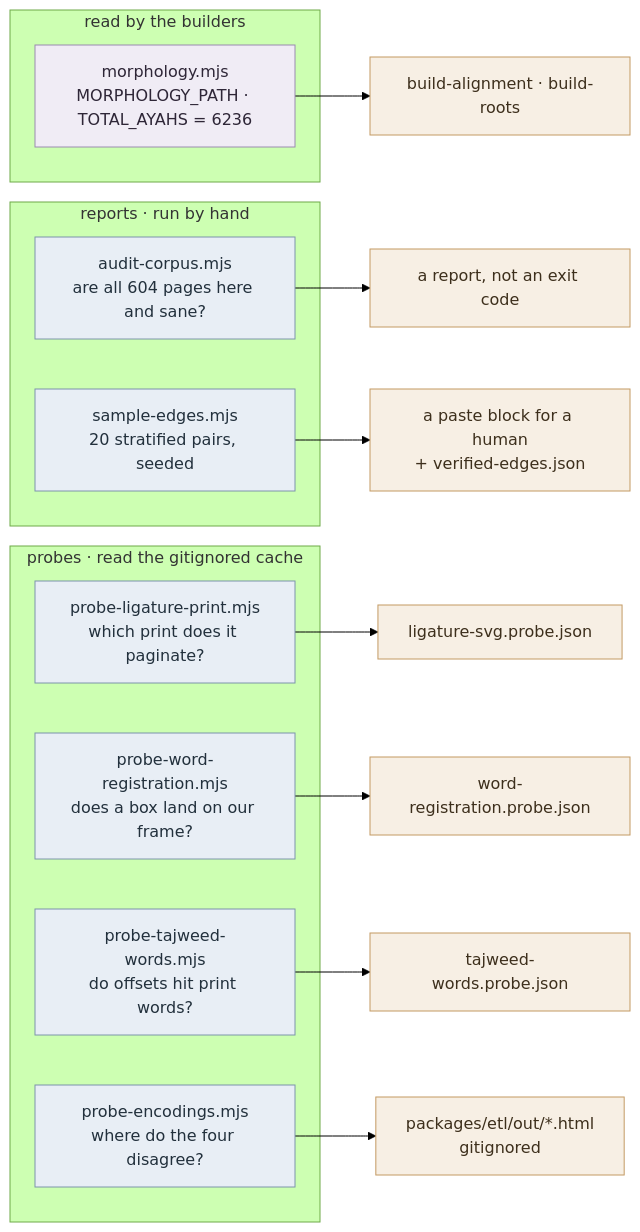
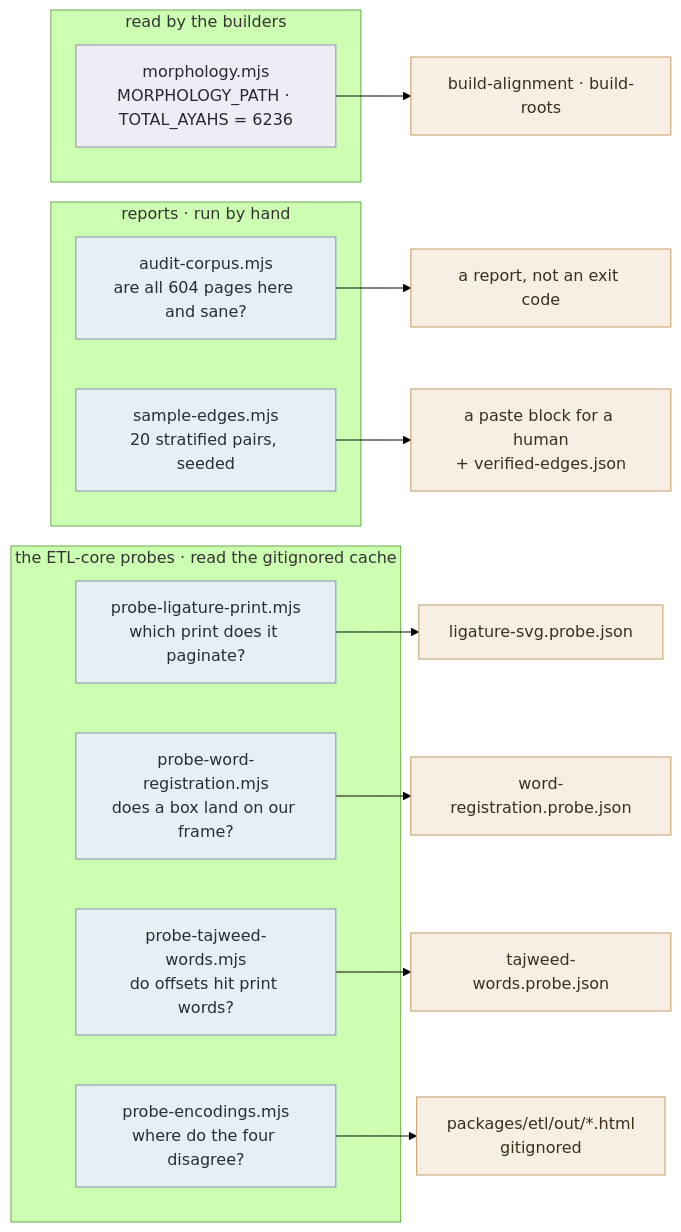
The fifth of 5 diagrams in docs/design/etl-pipeline.md (omars-lab/hifth), drawn with Mermaid (forest theme) before and after one commit. The commit also changed other lines of this file and 2 other files, not shown here.

````diff
--- a/docs/design/etl-pipeline.md
+++ b/docs/design/etl-pipeline.md
@@ -301,30 +304,30 @@
 ```mermaid
 flowchart LR
   classDef lib fill:#f0ecf5,stroke:#9a8bb0,color:#2e2637
   classDef rep fill:#e8eef5,stroke:#7d94ab,color:#22303c
   classDef out fill:#f7efe4,stroke:#c39a63,color:#3d2f1c
 
   subgraph L["read by the builders"]
     morph2["morphology.mjs<br/>MORPHOLOGY_PATH · TOTAL_AYAHS = 6236"]:::lib
   end
 
   subgraph R["reports · run by hand"]
     aud["audit-corpus.mjs<br/>are all 604 pages here and sane?"]:::rep
     smp["sample-edges.mjs<br/>20 stratified pairs, seeded"]:::rep
   end
 
-  subgraph P["probes · read the gitignored cache"]
+  subgraph P["the ETL-core probes · read the gitignored cache"]
     p1["probe-ligature-print.mjs<br/>which print does it paginate?"]:::rep
     p2["probe-word-registration.mjs<br/>does a box land on our frame?"]:::rep
     p3["probe-tajweed-words.mjs<br/>do offsets hit print words?"]:::rep
     p4["probe-encodings.mjs<br/>where do the four disagree?"]:::rep
   end
 
   morph2 --> bld["build-alignment · build-roots"]:::out
   aud --> stdout["a report, not an exit code"]:::out
   smp --> human["a paste block for a human<br/>+ verified-edges.json"]:::out
   p1 --> pin1["ligature-svg.probe.json"]:::out
   p2 --> pin2["word-registration.probe.json"]:::out
   p3 --> pin3["tajweed-words.probe.json"]:::out
   p4 --> html["packages/etl/out/*.html<br/>gitignored"]:::out
 ```
````
